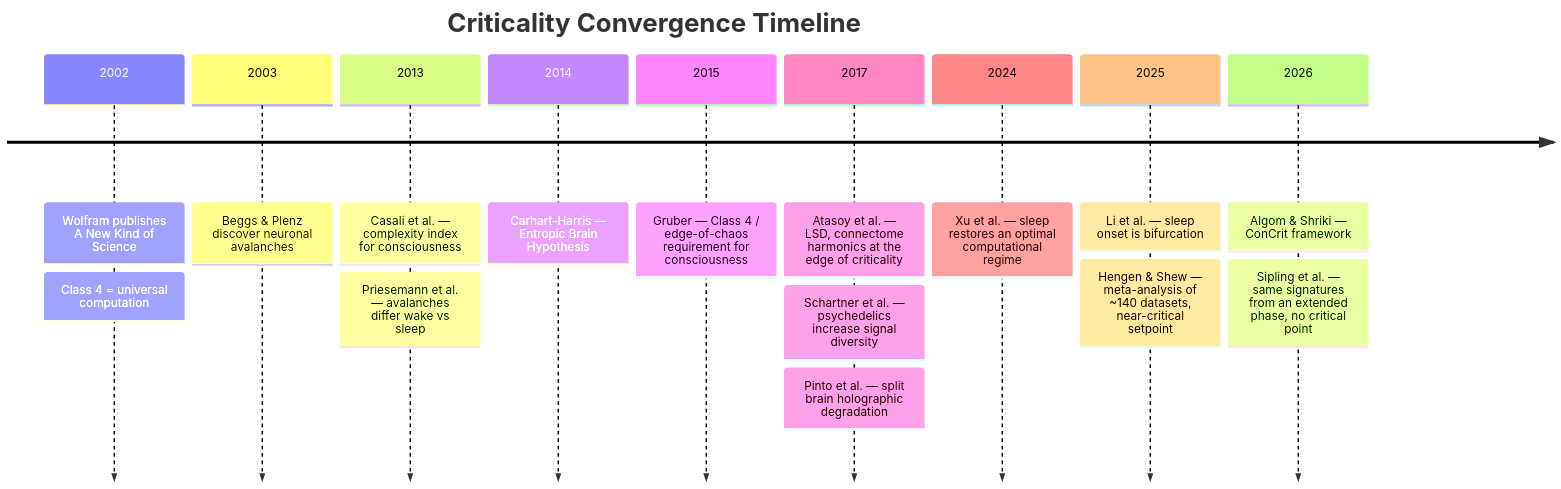
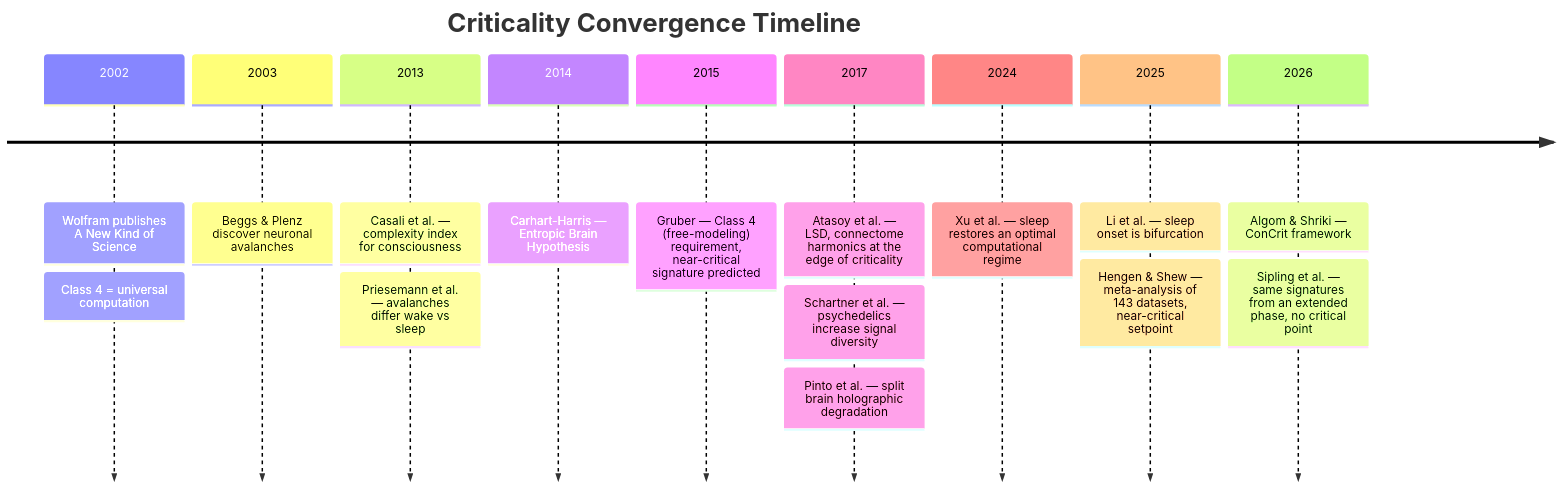
The fourth of 8 diagrams in wiki/reference/key-figures.md (JeltzProstetnic/aIware), drawn with Mermaid before and after one commit. The commit also changed other lines of this file and 366 other files, not shown here.

````diff
--- a/wiki/reference/key-figures.md
+++ b/wiki/reference/key-figures.md
@@ -134,19 +134,19 @@
 ```mermaid
 timeline
     title Criticality Convergence Timeline
     2002 : Wolfram publishes A New Kind of Science
          : Class 4 = universal computation
     2003 : Beggs & Plenz discover neuronal avalanches
     2013 : Casali et al. — complexity index for consciousness
          : Priesemann et al. — avalanches differ wake vs sleep
     2014 : Carhart-Harris — Entropic Brain Hypothesis
-    2015 : Gruber — Class 4 / edge-of-chaos requirement for consciousness
+    2015 : Gruber — Class 4 (free-modeling) requirement, near-critical signature predicted
     2017 : Atasoy et al. — LSD, connectome harmonics at the edge of criticality
          : Schartner et al. — psychedelics increase signal diversity
          : Pinto et al. — split brain holographic degradation
     2024 : Xu et al. — sleep restores an optimal computational regime
     2025 : Li et al. — sleep onset is bifurcation
-         : Hengen & Shew — meta-analysis of ~140 datasets, near-critical setpoint
+         : Hengen & Shew — meta-analysis of 143 datasets, near-critical setpoint
     2026 : Algom & Shriki — ConCrit framework
          : Sipling et al. — same signatures from an extended phase, no critical point
 ```
````
